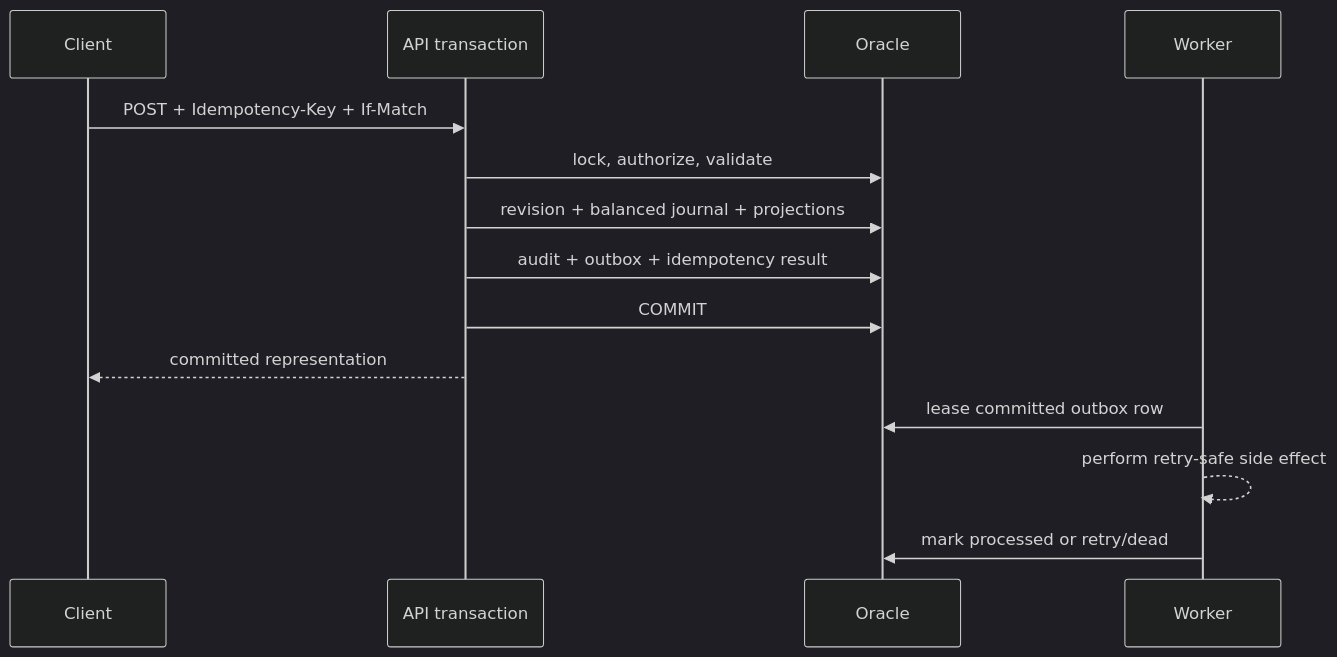
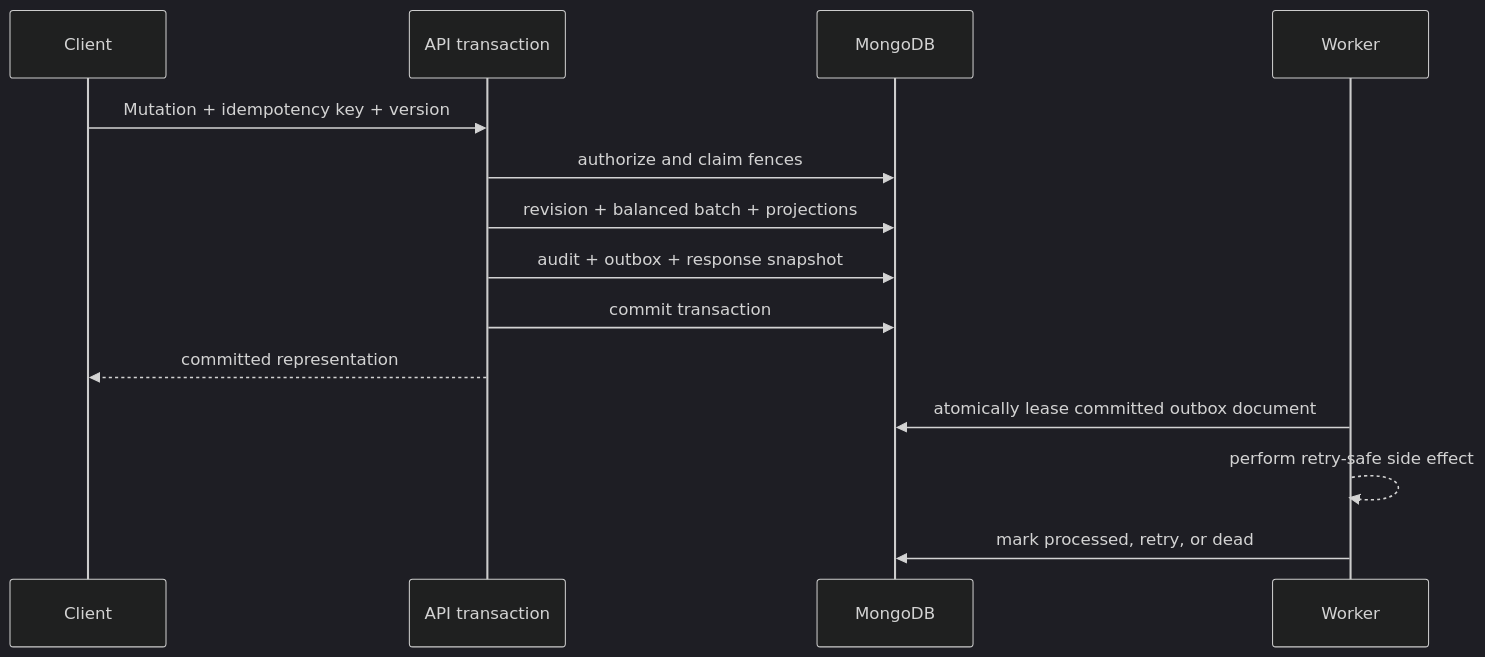
Before and after one commit to sumit4941/SPLITO: the second of 2 diagrams in docs/architecture.md, drawn with Mermaid (dark theme). The commit also changed other lines of this file and 120 other files, not shown here.

````diff
--- a/docs/architecture.md
+++ b/docs/architecture.md
@@ -60,16 +58,16 @@
 ```mermaid
 sequenceDiagram
   participant C as Client
   participant A as API transaction
-  participant D as Oracle
+  participant D as MongoDB
   participant W as Worker
-  C->>A: POST + Idempotency-Key + If-Match
-  A->>D: lock, authorize, validate
-  A->>D: revision + balanced journal + projections
-  A->>D: audit + outbox + idempotency result
-  A->>D: COMMIT
+  C->>A: Mutation + idempotency key + version
+  A->>D: authorize and claim fences
+  A->>D: revision + balanced batch + projections
+  A->>D: audit + outbox + response snapshot
+  A->>D: commit transaction
   A-->>C: committed representation
-  W->>D: lease committed outbox row
+  W->>D: atomically lease committed outbox document
   W-->>W: perform retry-safe side effect
-  W->>D: mark processed or retry/dead
+  W->>D: mark processed, retry, or dead
 ```
````
